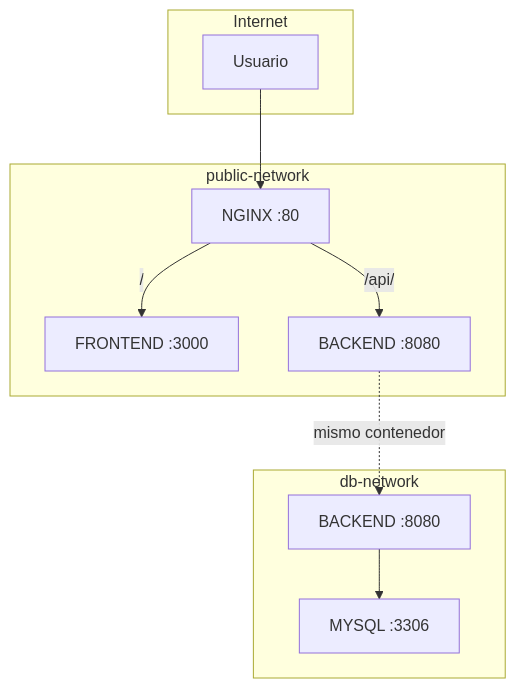
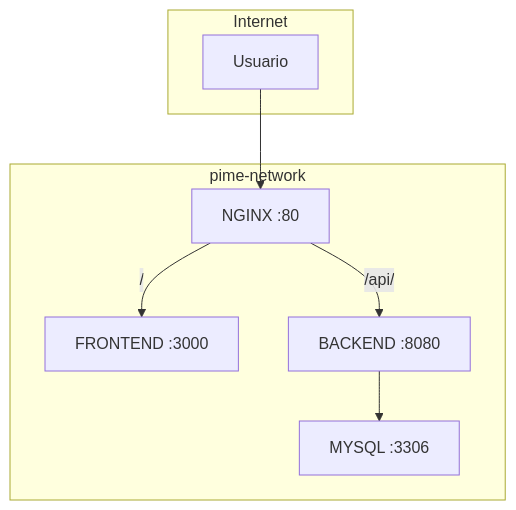
One commit to NicolasRobledo/proyect changed the first of 4 diagrams in README.md. Above: the diagram before and after it, drawn with Mermaid. The commit also changed other lines of this file, not shown here.

````diff
--- a/README.md
+++ b/README.md
@@ -5,24 +33,18 @@
 ```mermaid
 graph TB
     subgraph Internet
         User[Usuario]
     end
 
-    subgraph public-network
+    subgraph pime-network
         NGINX[NGINX :80]
         FRONTEND[FRONTEND :3000]
-        BACKEND1[BACKEND :8080]
-    end
-
-    subgraph db-network
-        BACKEND2[BACKEND :8080]
+        BACKEND[BACKEND :8080]
         MYSQL[MYSQL :3306]
     end
 
     User --> NGINX
     NGINX -->|/| FRONTEND
-    NGINX -->|/api/| BACKEND1
-    BACKEND2 --> MYSQL
-
-    BACKEND1 -.->|mismo contenedor| BACKEND2
+    NGINX -->|/api/| BACKEND
+    BACKEND --> MYSQL
 ```
````
